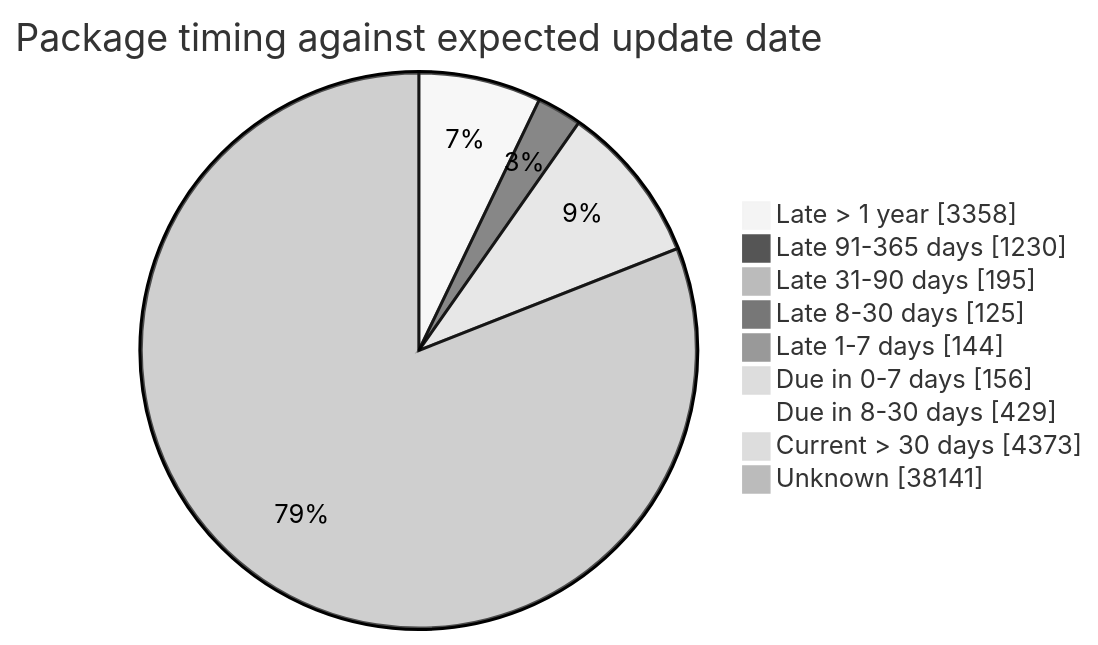
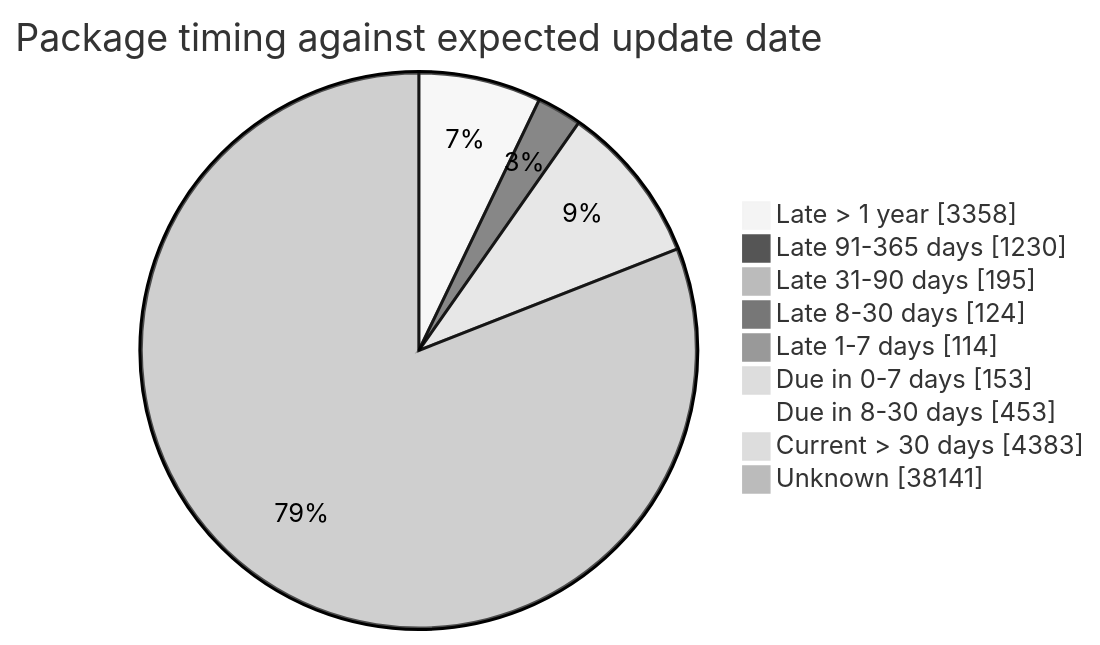
One commit to open-data/analytics-corporate-reporting changed the fourth of 5 diagrams in FreshCheck/README.md. Above: the diagram before and after it, drawn with Mermaid (neutral theme). The commit also changed other lines of this file and 3 other files, not shown here.

````diff
--- a/FreshCheck/README.md
+++ b/FreshCheck/README.md
@@ -86,12 +86,12 @@
 ```mermaid
 pie showData title Package timing against expected update date
     "Late > 1 year": 3358
     "Late 91-365 days": 1230
     "Late 31-90 days": 195
-    "Late 8-30 days": 125
-    "Late 1-7 days": 144
-    "Due in 0-7 days": 156
-    "Due in 8-30 days": 429
-    "Current > 30 days": 4373
+    "Late 8-30 days": 124
+    "Late 1-7 days": 114
+    "Due in 0-7 days": 153
+    "Due in 8-30 days": 453
+    "Current > 30 days": 4383
     "Unknown": 38141
 ```
````
